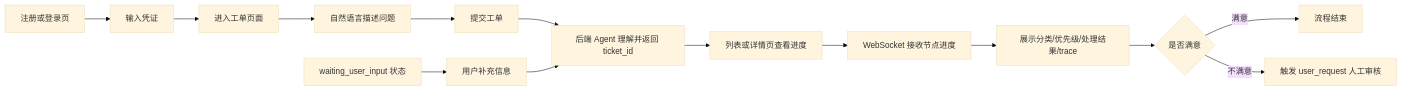
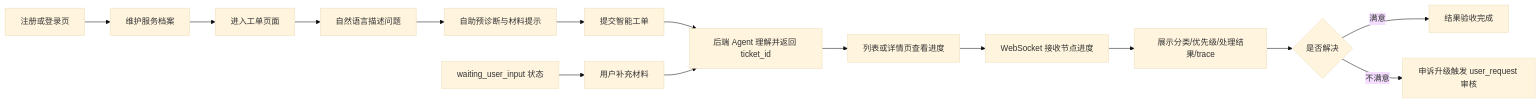
Before and after one commit to ArtLjn/ai-agent-learning: the first of 2 diagrams in docs/design-spec/01_正式设计/07_前端页面与交互设计.md, drawn with Mermaid (base theme). The commit also changed other lines of this file and 30 other files, not shown here.

Commit message:
docs: 梳理工单业务架构与系统框架图

````diff
--- a/docs/design-spec/01_正式设计/07_前端页面与交互设计.md
+++ b/docs/design-spec/01_正式设计/07_前端页面与交互设计.md
@@ -211,16 +212,17 @@
 ```mermaid
 flowchart LR
-    A[注册或登录页] --> B[输入凭证]
+    A[注册或登录页] --> B[维护服务档案]
     B --> C[进入工单页面]
     C --> D[自然语言描述问题]
-    D --> E[提交工单]
-    E --> F[后端 Agent 理解并返回 ticket_id]
-    F --> G[列表或详情页查看进度]
-    G --> H[WebSocket 接收节点进度]
-    H --> I[展示分类/优先级/处理结果/trace]
-    I --> J{是否满意}
-    J -->|满意| K[流程结束]
-    J -->|不满意| L[触发 user_request 人工审核]
-    M[waiting_user_input 状态] --> N[用户补充信息]
-    N --> F
+    D --> E[自助预诊断与材料提示]
+    E --> F[提交智能工单]
+    F --> G[后端 Agent 理解并返回 ticket_id]
+    G --> H[列表或详情页查看进度]
+    H --> I[WebSocket 接收节点进度]
+    I --> J[展示分类/优先级/处理结果/trace]
+    J --> K{是否解决}
+    K -->|满意| L[结果验收完成]
+    K -->|不满意| M[申诉升级触发 user_request 审核]
+    N[waiting_user_input 状态] --> O[用户补充材料]
+    O --> G
 ```
````
